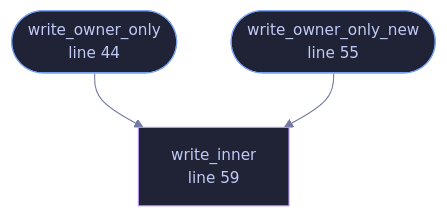
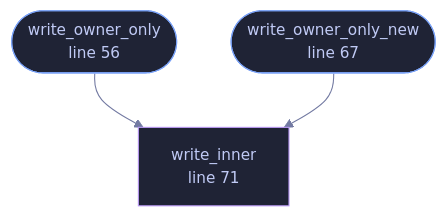
Before and after one commit to tilas01/veilvoice: the diagram in docs/files/veilvoice-crypto/privatefile.md, drawn with Mermaid. The commit also changed other lines of this file and 487 other files, not shown here.

````diff
--- a/docs/files/veilvoice-crypto/privatefile.md
+++ b/docs/files/veilvoice-crypto/privatefile.md
@@ -87,16 +100,16 @@
 ```mermaid
 %%{init: {"theme":"base","themeVariables":{"background":"#1a1b26","primaryColor":"#1f2335","primaryTextColor":"#c0caf5","primaryBorderColor":"#7aa2f7","secondaryColor":"#16161e","tertiaryColor":"#16161e","lineColor":"#737aa2","textColor":"#c0caf5","mainBkg":"#1f2335","nodeBorder":"#7aa2f7","clusterBkg":"#16161e","clusterBorder":"#2f3549","fontFamily":"ui-monospace, SFMono-Regular, Consolas, monospace","fontSize":"14px"}}}%%
 flowchart TD
-    n_write_owner_only(["write_owner_only<br/>line 44"])
-    n_write_owner_only_new(["write_owner_only_new<br/>line 55"])
-    n_write_inner["write_inner<br/>line 59"]
+    n_write_owner_only(["write_owner_only<br/>line 56"])
+    n_write_owner_only_new(["write_owner_only_new<br/>line 67"])
+    n_write_inner["write_inner<br/>line 71"]
     n_write_owner_only --> n_write_inner
     n_write_owner_only_new --> n_write_inner
-    click n_write_owner_only href "https://github.com/tilas01/veilvoice/blob/main/crates/veilvoice-crypto/src/privatefile.rs#L44" "open the source"
-    click n_write_owner_only_new href "https://github.com/tilas01/veilvoice/blob/main/crates/veilvoice-crypto/src/privatefile.rs#L55" "open the source"
-    click n_write_inner href "https://github.com/tilas01/veilvoice/blob/main/crates/veilvoice-crypto/src/privatefile.rs#L59" "open the source"
+    click n_write_owner_only href "https://github.com/tilas01/veilvoice/blob/main/crates/veilvoice-crypto/src/privatefile.rs#L56" "open the source"
+    click n_write_owner_only_new href "https://github.com/tilas01/veilvoice/blob/main/crates/veilvoice-crypto/src/privatefile.rs#L67" "open the source"
+    click n_write_inner href "https://github.com/tilas01/veilvoice/blob/main/crates/veilvoice-crypto/src/privatefile.rs#L71" "open the source"
     classDef entry fill:#1f2335,stroke:#7aa2f7,color:#c0caf5
     class n_write_owner_only,n_write_owner_only_new entry
     classDef helper fill:#1f2335,stroke:#bb9af7,color:#c0caf5
     class n_write_inner helper
 ```
````
